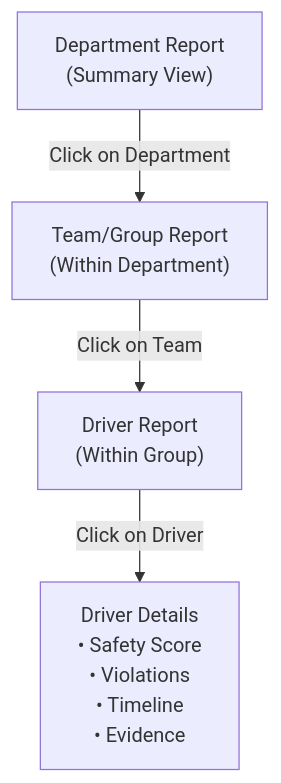
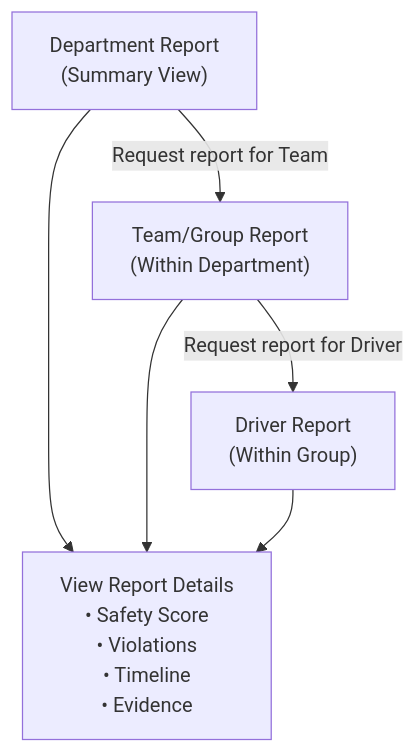
One commit to anhttmle/CAIO changed the second of 2 diagrams in DrivingSafty-Report/1. Proposal.md. Above: the diagram before and after it, drawn with Mermaid. The commit also changed other lines of this file, not shown here.

Commit message:
Update 1. Proposal.md

````diff
--- a/DrivingSafty-Report/1. Proposal.md
+++ b/DrivingSafty-Report/1. Proposal.md
@@ -77,14 +77,16 @@
  ```mermaid
 
 flowchart TD
     A["Department Report<br/>(Summary View)"]
     B["Team/Group Report<br/>(Within Department)"]
     C["Driver Report<br/>(Within Group)"]
-    D["Driver Details<br/>• Safety Score<br/>• Violations<br/>• Timeline<br/>• Evidence"]
+    D["View Report Details<br/>• Safety Score<br/>• Violations<br/>• Timeline<br/>• Evidence"]
 
-    A -->|Click on Department| B
-    B -->|Click on Team| C
-    C -->|Click on Driver| D
+    A -->|Request report for Team| B
+    B -->|Request report for Driver| C
+    A --> D
+    B --> D
+    C --> D
 
 
 ``` 
````
